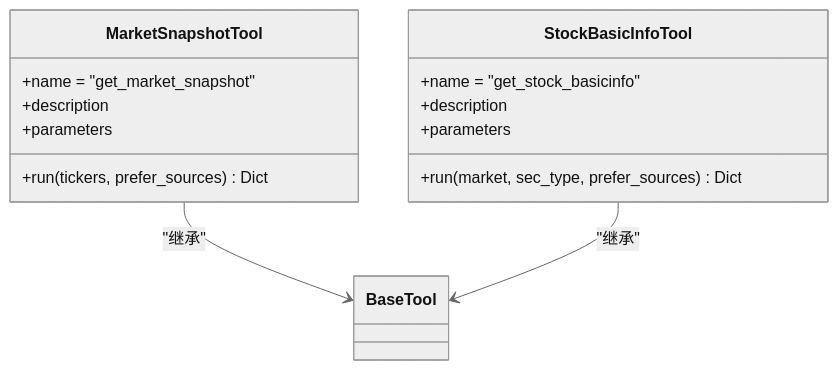
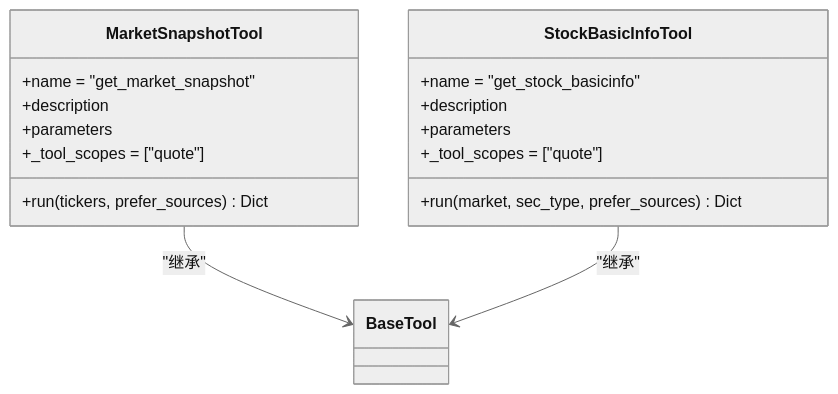
The eighth of 12 diagrams in .qoder/repowiki/zh/content/AI智能代理系统/工具链集成系统/工具链集成系统.md (songlinhe5-lab/quant_agent), drawn with Mermaid (neutral theme) before and after one commit. The commit also changed other lines of this file and 296 other files, not shown here.

````diff
--- a/.qoder/repowiki/zh/content/AI智能代理系统/工具链集成系统/工具链集成系统.md
+++ b/.qoder/repowiki/zh/content/AI智能代理系统/工具链集成系统/工具链集成系统.md
@@ -222,17 +311,19 @@
 ```mermaid
 classDiagram
 class MarketSnapshotTool {
 +name = "get_market_snapshot"
 +description
 +parameters
 +run(tickers, prefer_sources) Dict
++_tool_scopes = ["quote"]
 }
 class StockBasicInfoTool {
 +name = "get_stock_basicinfo"
 +description
 +parameters
 +run(market, sec_type, prefer_sources) Dict
++_tool_scopes = ["quote"]
 }
 MarketSnapshotTool --> BaseTool : "继承"
 StockBasicInfoTool --> BaseTool : "继承"
 ```
````
